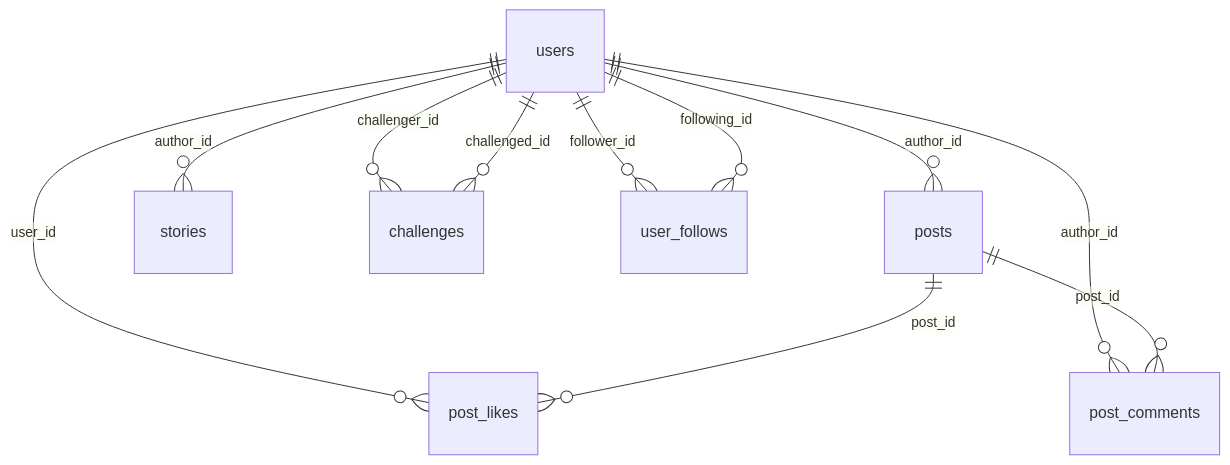
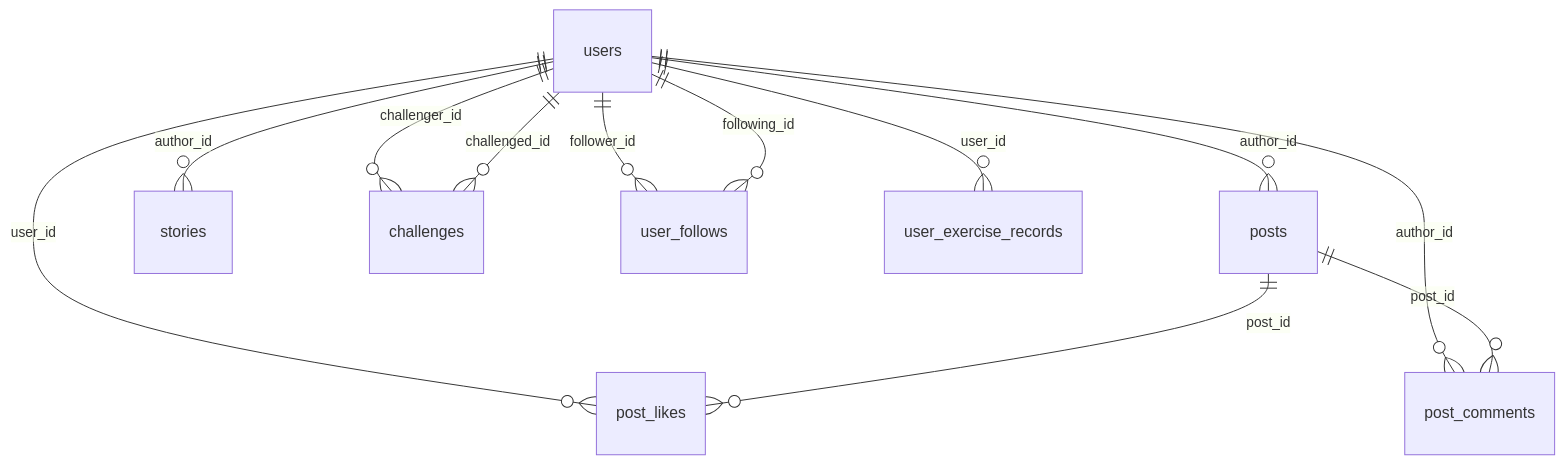
The second of 5 diagrams in docs/SCHEMA.md (adriijg/JADA-Fit-back), drawn with Mermaid before and after one commit. The commit also changed other lines of this file, not shown here.

Commit message:
new SCHEMA

````diff
--- a/docs/SCHEMA.md
+++ b/docs/SCHEMA.md
@@ -48,13 +48,14 @@
 ```mermaid
 erDiagram
     users ||--o{ posts : "author_id"
     users ||--o{ post_likes : "user_id"
     users ||--o{ post_comments : "author_id"
     users ||--o{ stories : "author_id"
     users ||--o{ challenges : "challenger_id"
     users ||--o{ challenges : "challenged_id"
     users ||--o{ user_follows : "follower_id"
     users ||--o{ user_follows : "following_id"
+    users ||--o{ user_exercise_records : "user_id"
     posts ||--o{ post_likes : "post_id"
     posts ||--o{ post_comments : "post_id"
 ```
````
